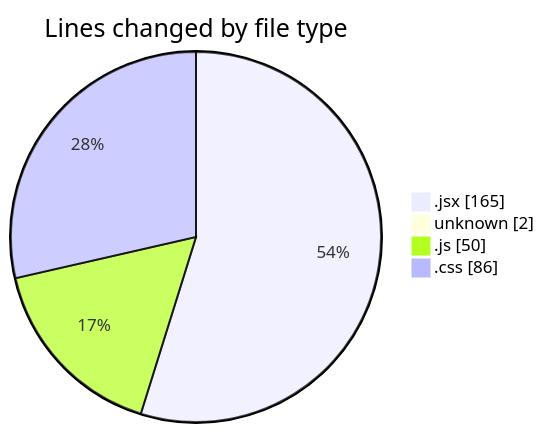
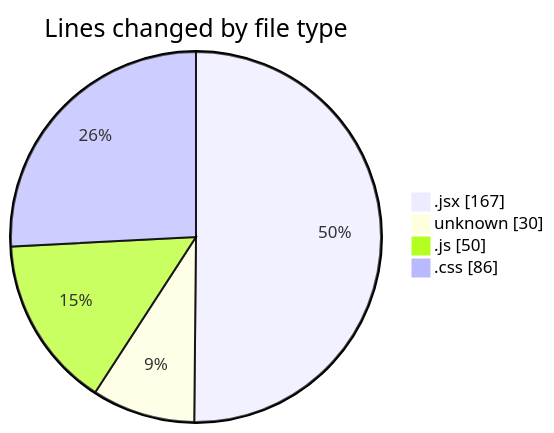
Before and after one commit to Elitesun/code-tracking: the first of 2 diagrams in 2025-02-22/elitegpt/README.md, drawn with Mermaid. The commit also changed other lines of this file and 1 other file, not shown here.

````diff
--- a/2025-02-22/elitegpt/README.md
+++ b/2025-02-22/elitegpt/README.md
@@ -28,8 +30,8 @@
 ```mermaid
 pie showData
 title Lines changed by file type
-".jsx" : 165
-"unknown" : 2
+".jsx" : 167
+"unknown" : 30
 ".js" : 50
 ".css" : 86
 ```
````
